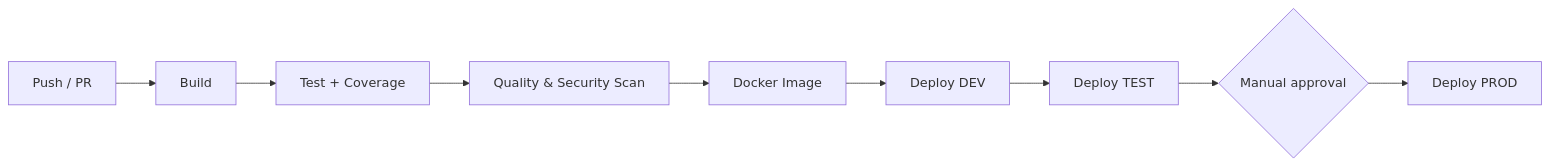
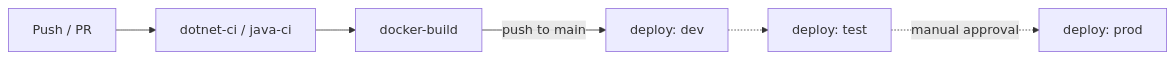
Before and after one commit to xavieroldan/cicd-pipeline-templates: the diagram in README.md, drawn with Mermaid. The commit also changed other lines of this file and 28 other files, not shown here.

````diff
--- a/README.md
+++ b/README.md
@@ -29,11 +34,8 @@
 ```mermaid
 flowchart LR
-    A[Push / PR] --> B[Build]
-    B --> C[Test + Coverage]
-    C --> D[Quality & Security Scan]
-    D --> E[Docker Image]
-    E --> F[Deploy DEV]
-    F --> G[Deploy TEST]
-    G --> H{Manual approval}
-    H --> I[Deploy PROD]
+    A[Push / PR] --> B[dotnet-ci / java-ci]
+    B --> C[docker-build]
+    C -->|push to main| D[deploy: dev]
+    D -.-> E[deploy: test]
+    E -.->|manual approval| F[deploy: prod]
 ```
````
